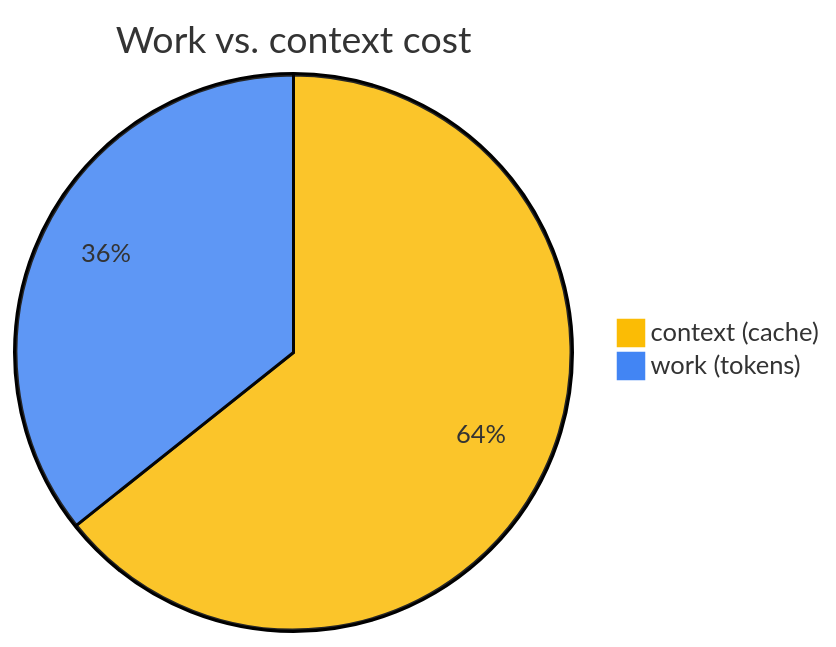
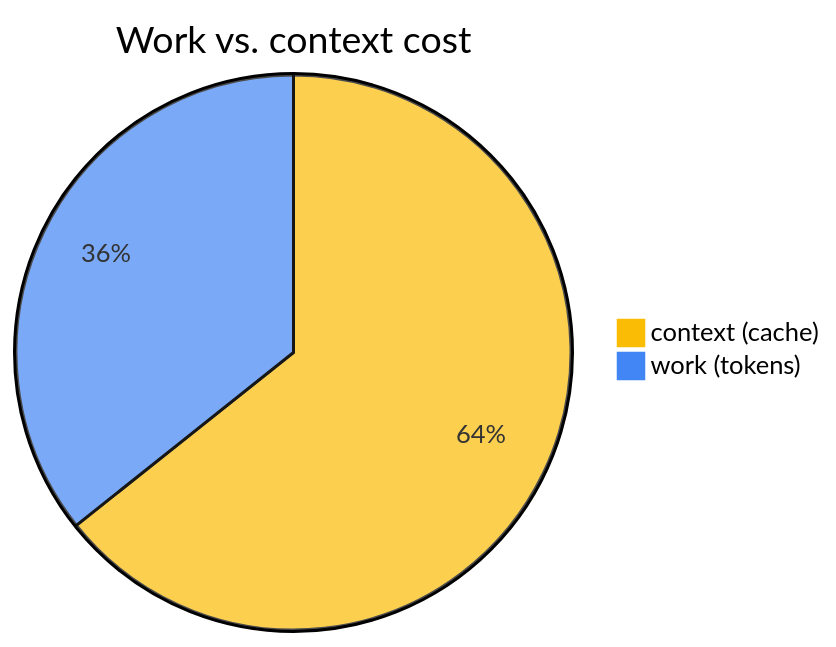
The second of 2 diagrams in docs/ai-usage.md (kstencell/fretflow), drawn with Mermaid before and after one commit. The commit also changed other lines of this file, not shown here.

Commit message:
change pie chart colours

````diff
--- a/docs/ai-usage.md
+++ b/docs/ai-usage.md
@@ -74,6 +74,6 @@
 ```mermaid
-%%{init: {'theme': 'base', 'themeVariables': {'background': '#ffffff', 'pie1': '#FBBC05', 'pie2': '#4285F4', 'pieStrokeWidth': '2px', 'pieOpacity': '0.85'}}}%%
+%%{init: {'theme': 'default', 'themeVariables': {'pie1': '#FBBC05', 'pie2': '#4285F4'}}}%%
 pie title Work vs. context cost
     "context (cache)" : 51.38
     "work (tokens)" : 28.53
 ```
````
